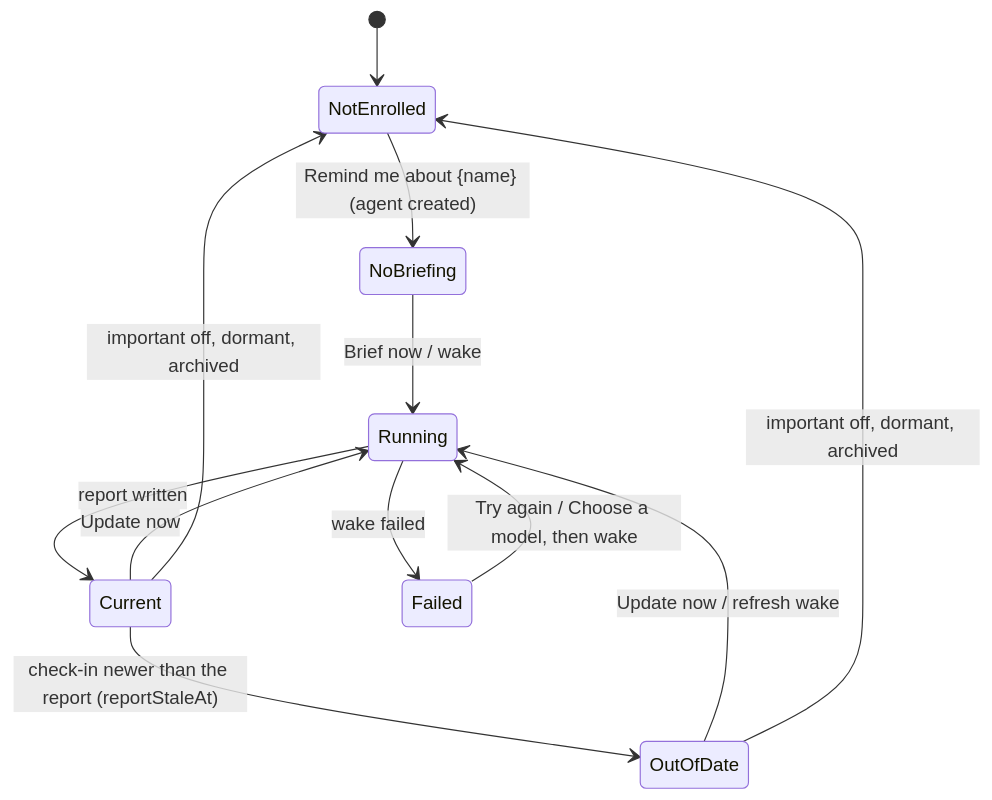
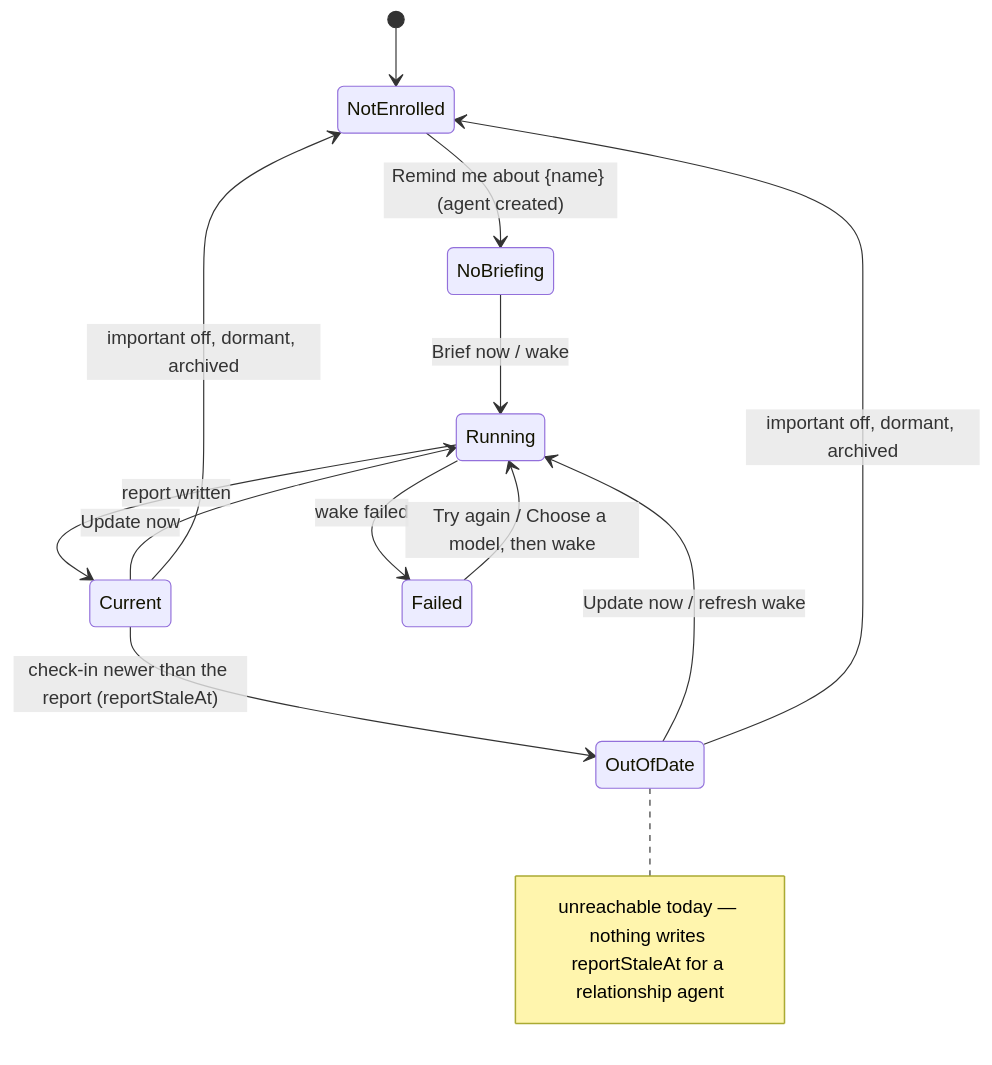
Before and after one commit to matthiasn/lotti: the eighth of 16 diagrams in knowledge/features/relationships.md, drawn with Mermaid. The commit also changed other lines of this file and 1 other file, not shown here.

Commit message:
docs(relationships): the concept says what the card, the lifecycle and a re-confirmation do today

````diff
--- a/knowledge/features/relationships.md
+++ b/knowledge/features/relationships.md
@@ -1321,14 +1325,15 @@
 ```mermaid
 stateDiagram-v2
   [*] --> NotEnrolled
   NotEnrolled --> NoBriefing: Remind me about {name} (agent created)
   NoBriefing --> Running: Brief now / wake
   Running --> Current: report written
   Running --> Failed: wake failed
   Failed --> Running: Try again / Choose a model, then wake
   Current --> OutOfDate: check-in newer than the report (reportStaleAt)
   OutOfDate --> Running: Update now / refresh wake
+  note right of OutOfDate : unreachable today — nothing writes reportStaleAt for a relationship agent
   Current --> Running: Update now
   Current --> NotEnrolled: important off, dormant, archived
   OutOfDate --> NotEnrolled: important off, dormant, archived
 ```
````
